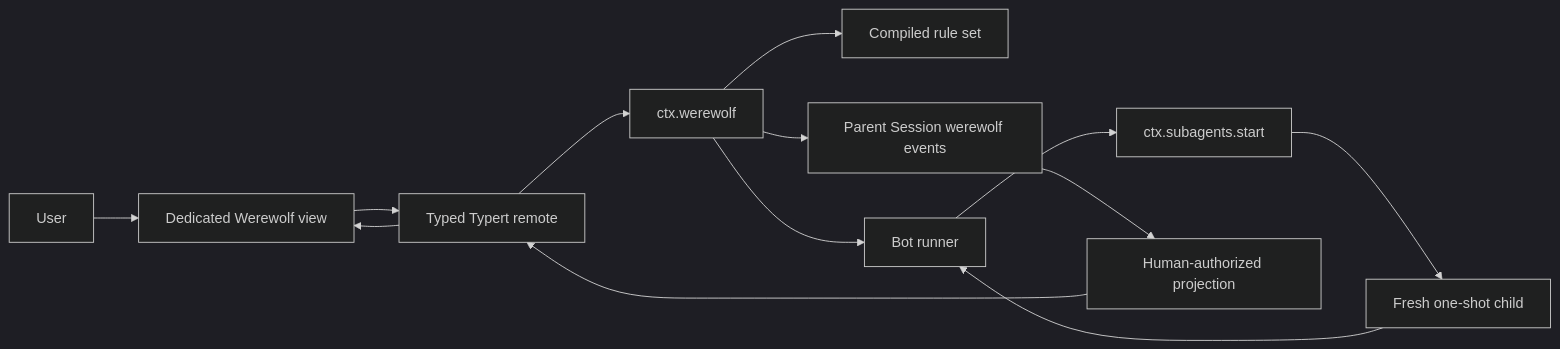
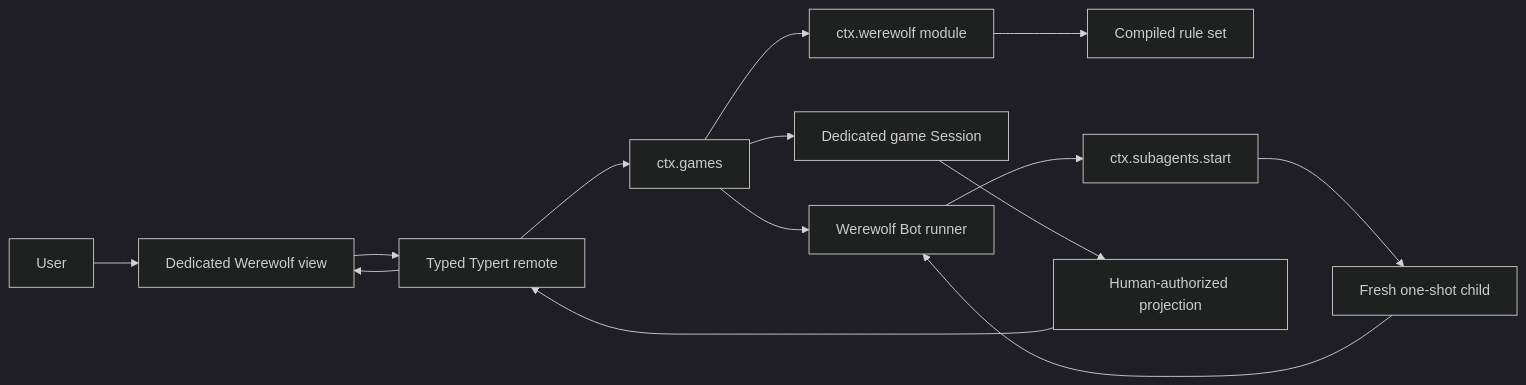
The diagram in .agents/notes/proposed/feature/2026-08-20-configurable-werewolf-mode.md (hfut2014211610/dsh-x), drawn with Mermaid (dark theme) before and after one commit. The commit also changed other lines of this file and 79 other files, not shown here.

First line of the commit message:
feat(game): add the session-backed game Host and typed Werewolf gateway

````diff
--- a/.agents/notes/proposed/feature/2026-08-20-configurable-werewolf-mode.md
+++ b/.agents/notes/proposed/feature/2026-08-20-configurable-werewolf-mode.md
@@ -35,15 +35,16 @@
 ```mermaid
 flowchart LR
   User[User] --> View[Dedicated Werewolf view]
   View --> Remote[Typed Typert remote]
-  Remote --> Runtime[ctx.werewolf]
+  Remote --> Host[ctx.games]
+  Host --> Runtime[ctx.werewolf module]
   Runtime --> Rules[Compiled rule set]
-  Runtime --> Log[Parent Session werewolf events]
-  Runtime --> BotRunner[Bot runner]
+  Host --> Log[Dedicated game Session]
+  Host --> BotRunner[Werewolf Bot runner]
   BotRunner --> Subagents[ctx.subagents.start]
   Subagents --> Child[Fresh one-shot child]
   Child --> BotRunner
   Log --> Projection[Human-authorized projection]
   Projection --> Remote
   Remote --> View
 ```
````
